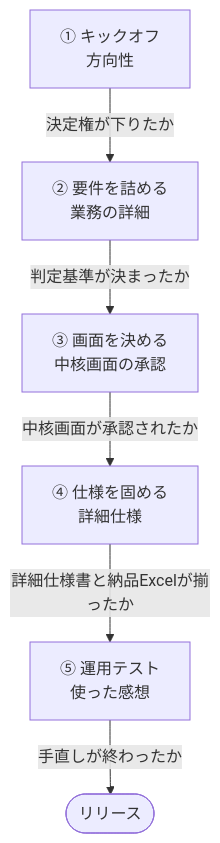
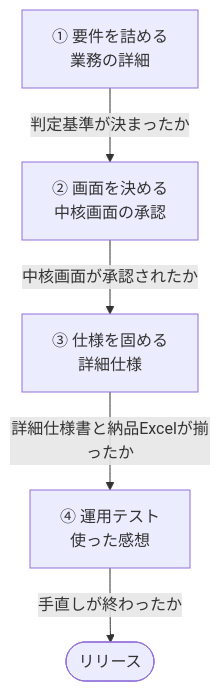
One commit to toritori18/meeting-demo changed the diagram in docs/13_meeting-flow.md. Above: the diagram before and after it, drawn with Mermaid. The commit also changed other lines of this file and 15 other files, not shown here.

````diff
--- a/docs/13_meeting-flow.md
+++ b/docs/13_meeting-flow.md
@@ -10,15 +14,13 @@
 ```mermaid
 flowchart TD
-    A["① キックオフ<br/>方向性"]
-    B["② 要件を詰める<br/>業務の詳細"]
-    C["③ 画面を決める<br/>中核画面の承認"]
-    D["④ 仕様を固める<br/>詳細仕様"]
-    E["⑤ 運用テスト<br/>使った感想"]
-    F(["リリース"])
+    A["① 要件を詰める<br/>業務の詳細"]
+    B["② 画面を決める<br/>中核画面の承認"]
+    C["③ 仕様を固める<br/>詳細仕様"]
+    D["④ 運用テスト<br/>使った感想"]
+    E(["リリース"])
 
-    A -->|決定権が下りたか| B
-    B -->|判定基準が決まったか| C
-    C -->|中核画面が承認されたか| D
-    D -->|詳細仕様書と納品Excelが揃ったか| E
-    E -->|手直しが終わったか| F
+    A -->|判定基準が決まったか| B
+    B -->|中核画面が承認されたか| C
+    C -->|詳細仕様書と納品Excelが揃ったか| D
+    D -->|手直しが終わったか| E
 ```
````
